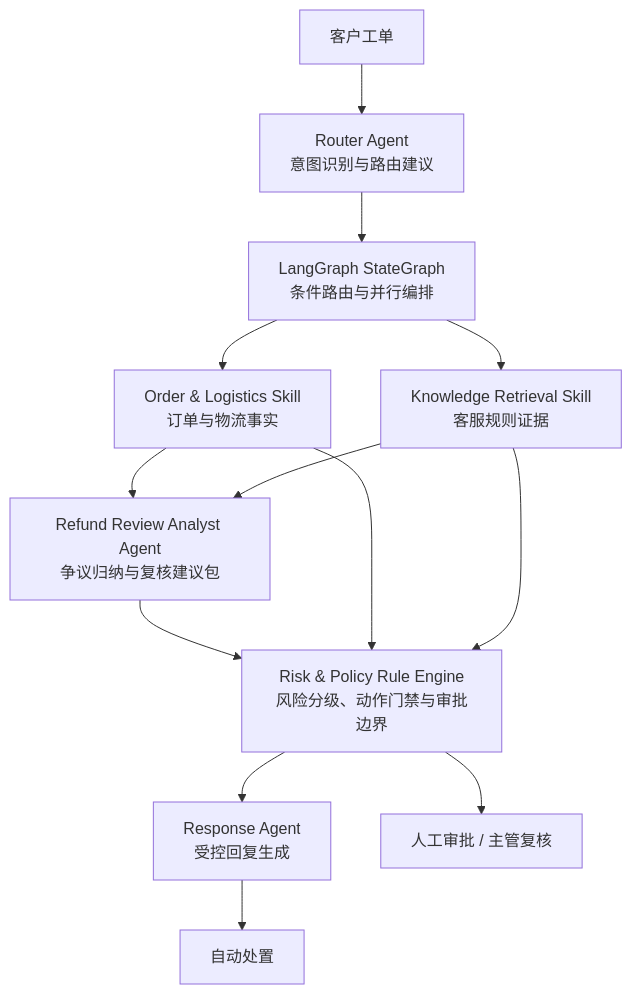
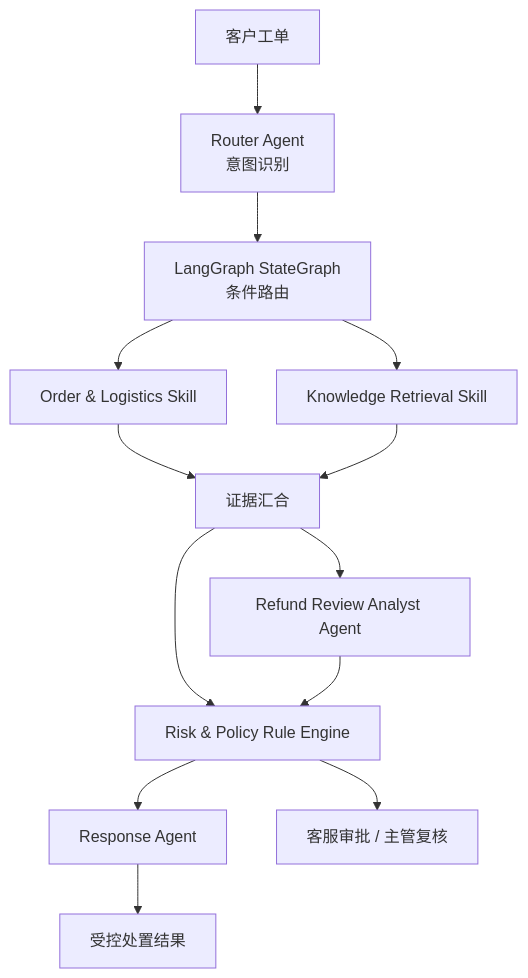
The diagram in README.md (Heaven12499/resolve-flow), drawn with Mermaid before and after one commit. The commit also changed other lines of this file, not shown here.

````diff
--- a/README.md
+++ b/README.md
@@ -9,15 +18,15 @@
 ```mermaid
 flowchart TD
-    Ticket[客户工单] --> Router[Router Agent<br/>意图识别与路由建议]
-    Router --> Workflow[LangGraph StateGraph<br/>条件路由与并行编排]
-    Workflow --> Order[Order & Logistics Skill<br/>订单与物流事实]
-    Workflow --> Knowledge[Knowledge Retrieval Skill<br/>客服规则证据]
-    Order --> Analyst[Refund Review Analyst Agent<br/>争议归纳与复核建议包]
-    Knowledge --> Analyst
-    Analyst --> Risk[Risk & Policy Rule Engine<br/>风险分级、动作门禁与审批边界]
-    Order --> Risk
-    Knowledge --> Risk
-    Risk --> Response[Response Agent<br/>受控回复生成]
-    Response --> Auto[自动处置]
-    Risk --> Approval[人工审批 / 主管复核]
+    Ticket[客户工单] --> Router[Router Agent<br/>意图识别]
+    Router --> Graph[LangGraph StateGraph<br/>条件路由]
+    Graph --> Order[Order & Logistics Skill]
+    Graph --> Knowledge[Knowledge Retrieval Skill]
+    Order --> Join[证据汇合]
+    Knowledge --> Join
+    Join --> Analyst[Refund Review Analyst Agent]
+    Join --> Risk[Risk & Policy Rule Engine]
+    Analyst --> Risk
+    Risk --> Reply[Response Agent]
+    Risk --> Approval[客服审批 / 主管复核]
+    Reply --> Result[受控处置结果]
 ```
````
